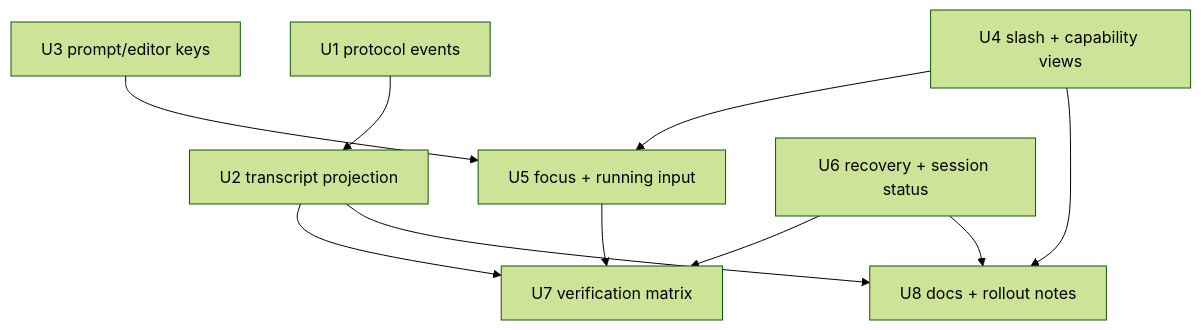
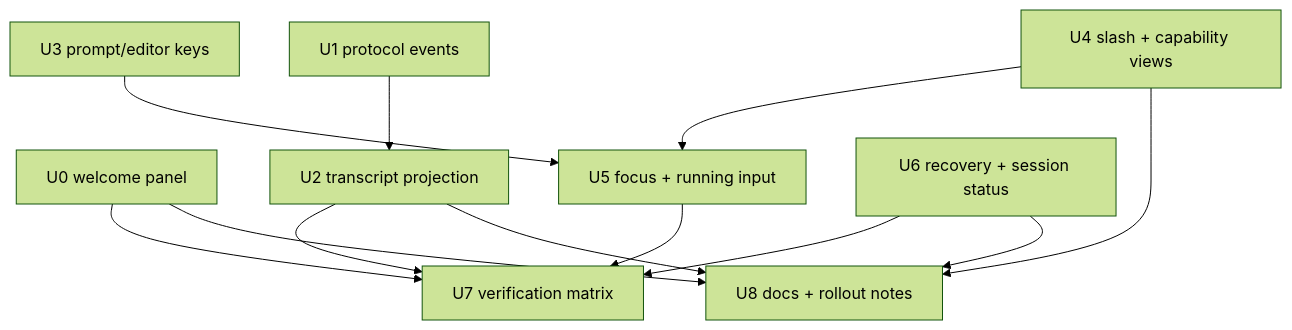
The second of 2 diagrams in docs/plans/2026-05-28-042-feat-ink-tui-workbench-plan.md (LienJack/guga-agent), drawn with Mermaid (forest theme) before and after one commit. The commit also changed other lines of this file and 122 other files, not shown here.

````diff
--- a/docs/plans/2026-05-28-042-feat-ink-tui-workbench-plan.md
+++ b/docs/plans/2026-05-28-042-feat-ink-tui-workbench-plan.md
@@ -152,12 +158,14 @@
 ```mermaid
 flowchart TB
+  U0["U0 welcome panel"] --> U7["U7 verification matrix"]
+  U0 --> U8["U8 docs + rollout notes"]
   U1["U1 protocol events"] --> U2["U2 transcript projection"]
   U2 --> U7["U7 verification matrix"]
   U3["U3 prompt/editor keys"] --> U5["U5 focus + running input"]
   U4["U4 slash + capability views"] --> U5
   U5 --> U7
   U6["U6 recovery + session status"] --> U7
   U2 --> U8["U8 docs + rollout notes"]
   U4 --> U8
   U6 --> U8
 ```
````
